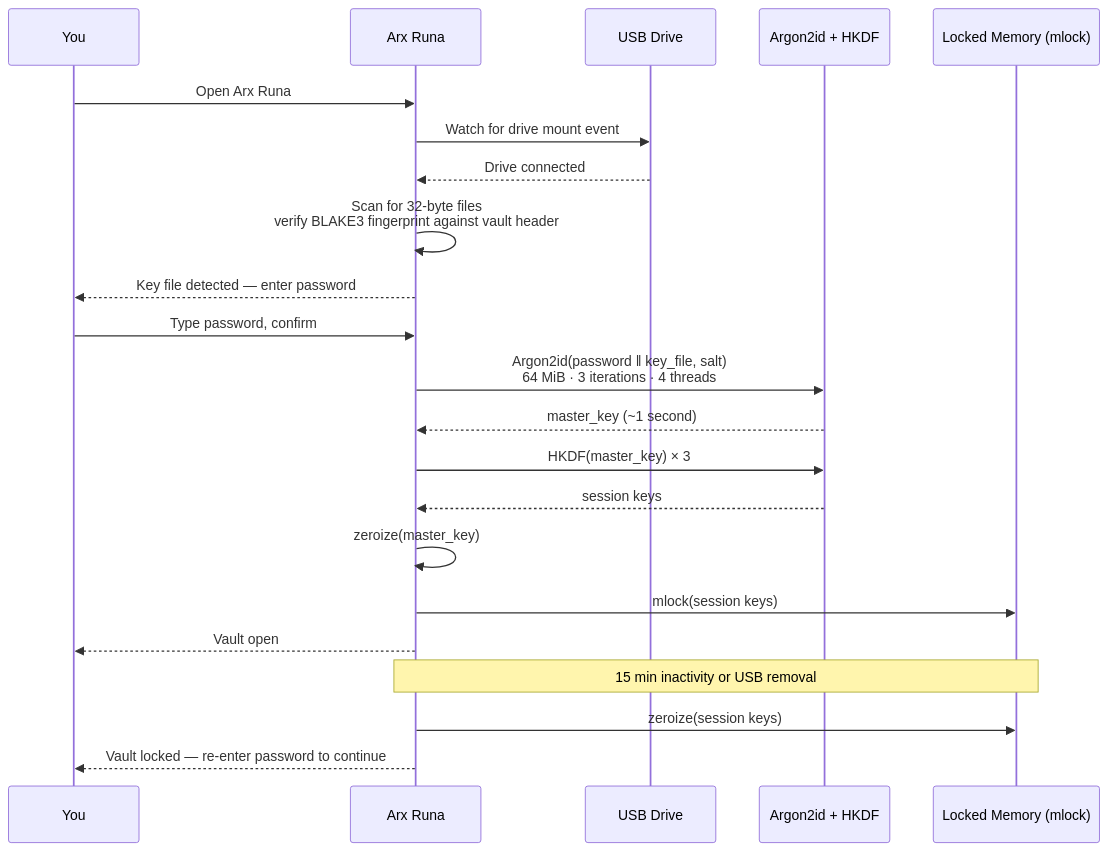
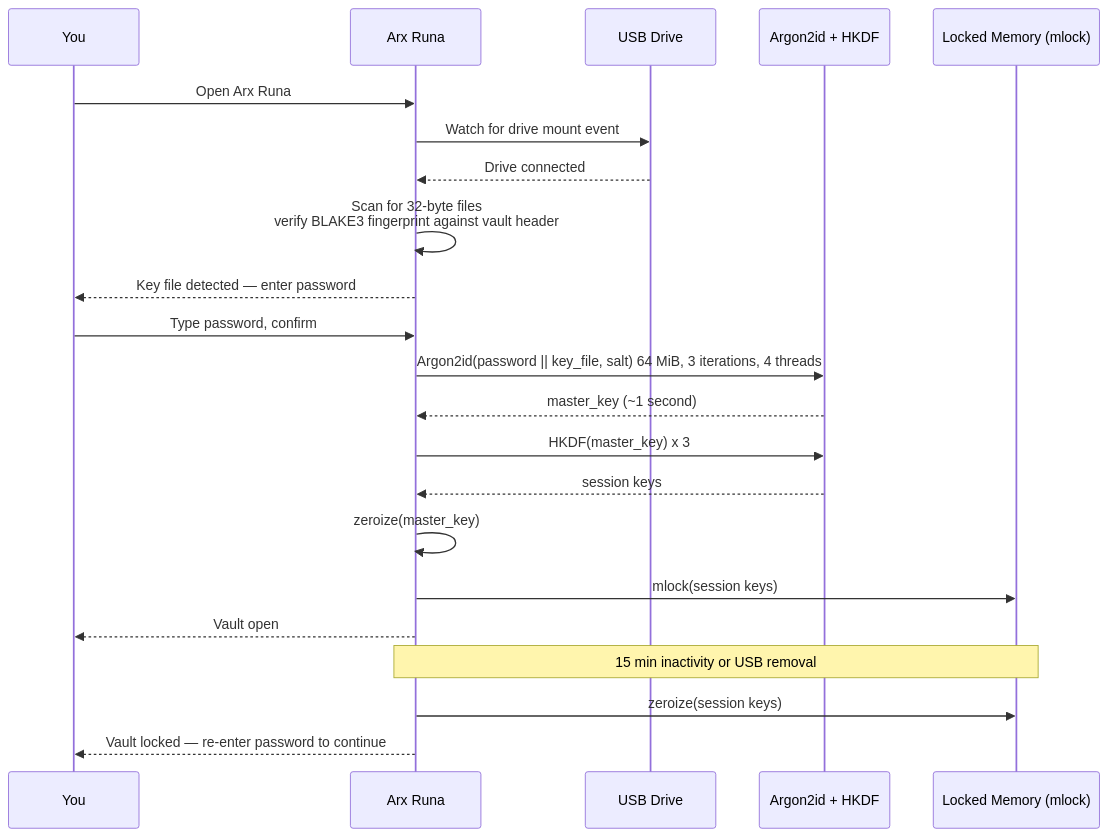
One commit to salgaard/arx-runa changed the diagram in docs/how-it-works/unlocking.md. Above: the diagram before and after it, drawn with Mermaid. The commit also changed 22 other files, not shown here.

Commit message:
new github actions for secret scan and improve diagrams

````diff
--- a/docs/how-it-works/unlocking.md
+++ b/docs/how-it-works/unlocking.md
@@ -29,26 +29,26 @@
 ```mermaid
 sequenceDiagram
     participant You
     participant App as Arx Runa
     participant USB as USB Drive
     participant KDF as Argon2id + HKDF
     participant Mem as Locked Memory (mlock)
 
     You->>App: Open Arx Runa
     App->>USB: Watch for drive mount event
     USB-->>App: Drive connected
     App->>App: Scan for 32-byte files<br/>verify BLAKE3 fingerprint against vault header
     App-->>You: Key file detected — enter password
     You->>App: Type password, confirm
-    App->>KDF: Argon2id(password ‖ key_file, salt)<br/>64 MiB · 3 iterations · 4 threads
-    KDF-->>App: master_key  (~1 second)
-    App->>KDF: HKDF(master_key) × 3
+    App->>KDF: Argon2id(password #124;#124; key_file, salt) 64 MiB, 3 iterations, 4 threads
+    KDF-->>App: master_key (~1 second)
+    App->>KDF: HKDF(master_key) x 3
     KDF-->>App: session keys
     App->>App: zeroize(master_key)
     App->>Mem: mlock(session keys)
     App-->>You: Vault open
 
     note over App,Mem: 15 min inactivity or USB removal
     App->>Mem: zeroize(session keys)
     App-->>You: Vault locked — re-enter password to continue
 ```
````
